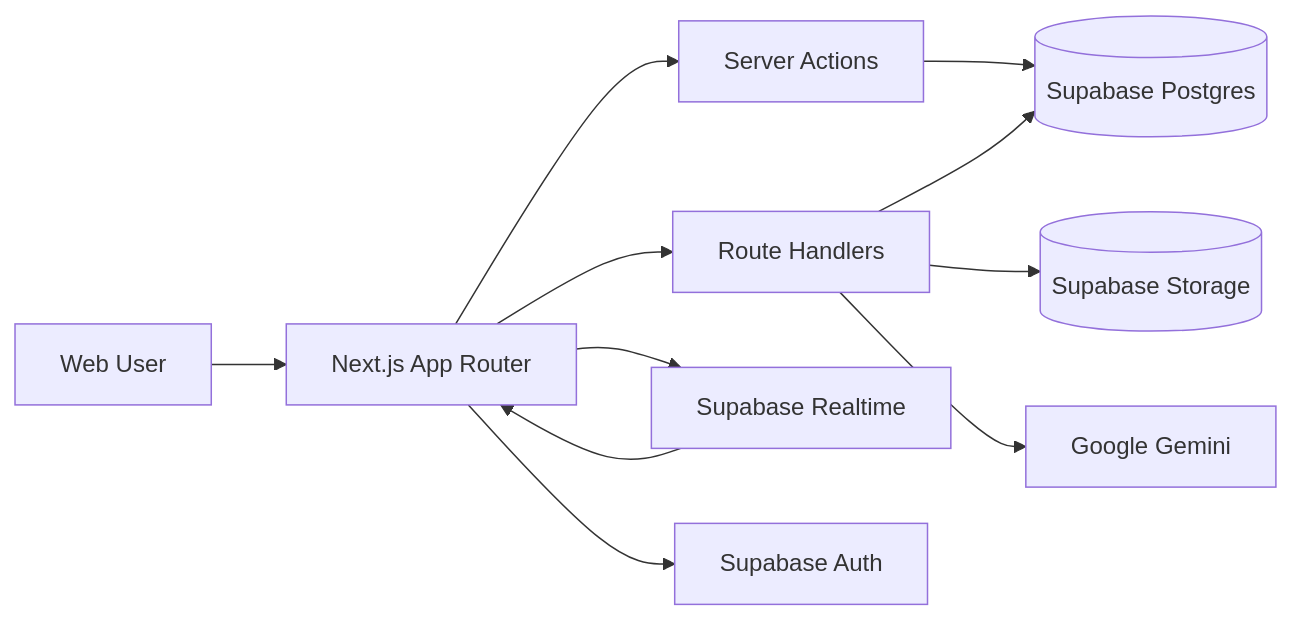
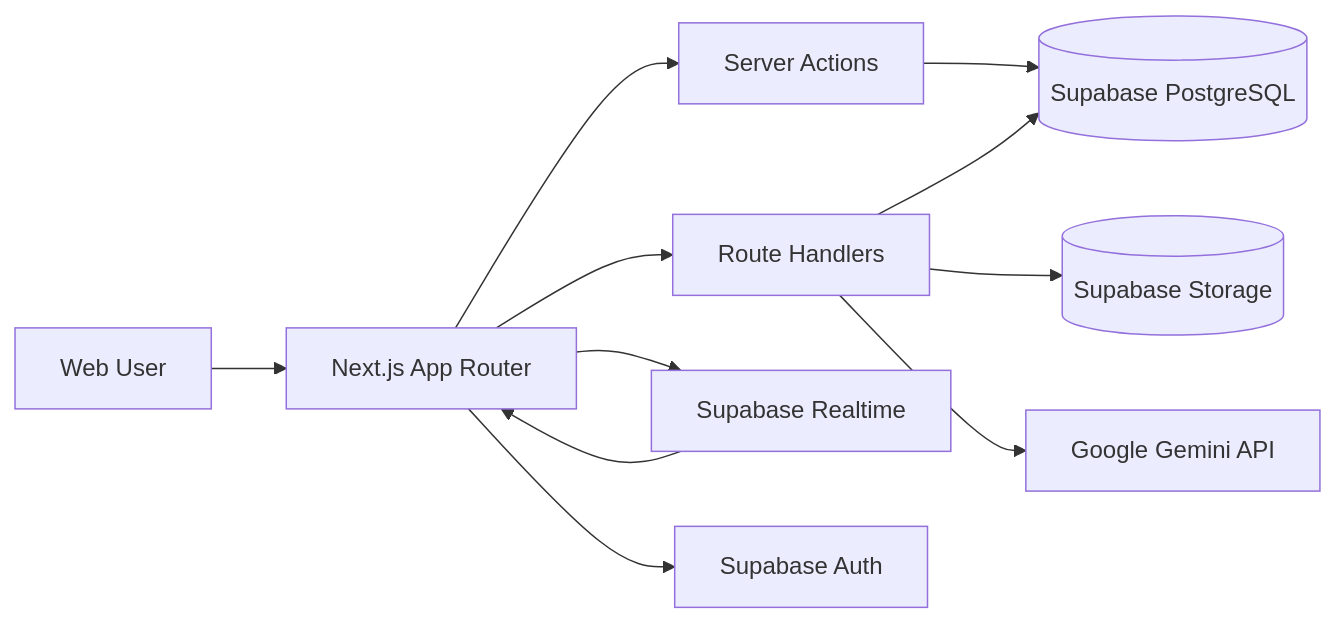
The diagram in README.md (MrBinary15/AphelliumPlatform-Portfolio), drawn with Mermaid before and after one commit. The commit also changed other lines of this file, not shown here.

Commit message:
docs: portfolio-optimized README with tech stack, features, architecture, and security model

````diff
--- a/README.md
+++ b/README.md
@@ -315,13 +70,13 @@
 ```mermaid
 flowchart LR
     U[Web User] --> N[Next.js App Router]
     N --> SA[Server Actions]
     N --> API[Route Handlers]
-    SA --> SDB[(Supabase Postgres)]
-    API --> SDB
-    API --> SST[(Supabase Storage)]
-    N --> SR[Supabase Realtime]
-    SR --> N
+    SA --> DB[(Supabase PostgreSQL)]
+    API --> DB
+    API --> ST[(Supabase Storage)]
+    N --> RT[Supabase Realtime]
+    RT --> N
     N --> AUTH[Supabase Auth]
-    API --> AI[Google Gemini]
+    API --> AI[Google Gemini API]
 ```
````
